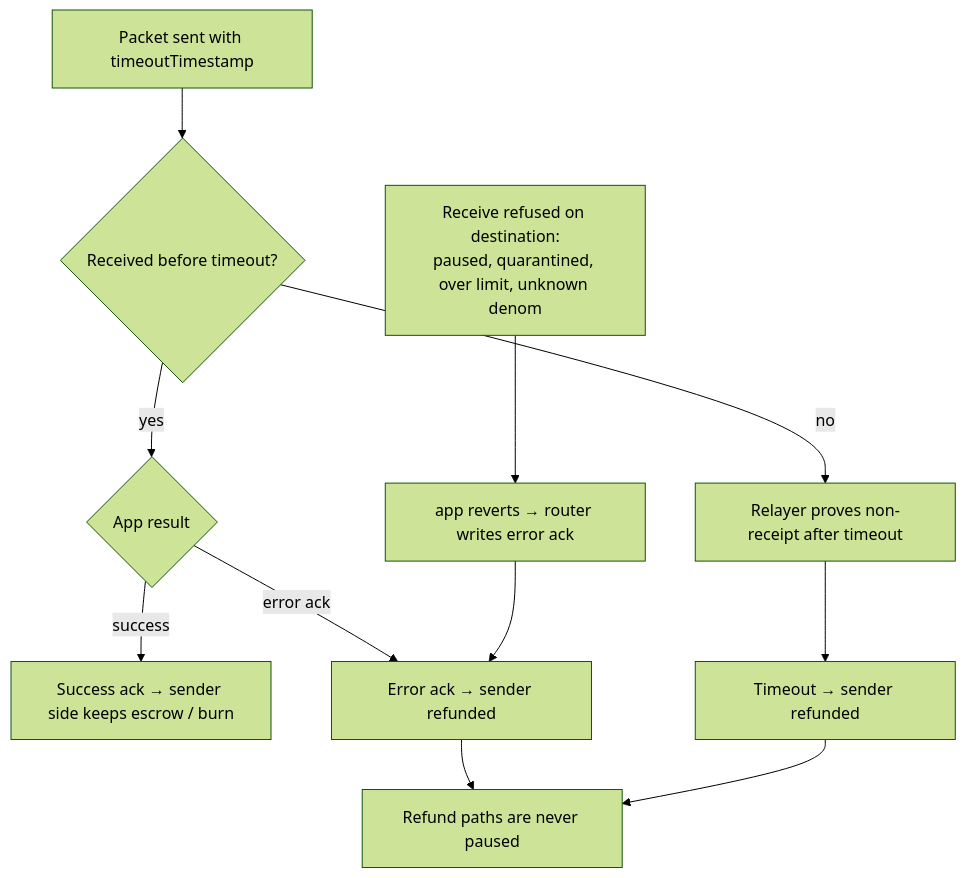
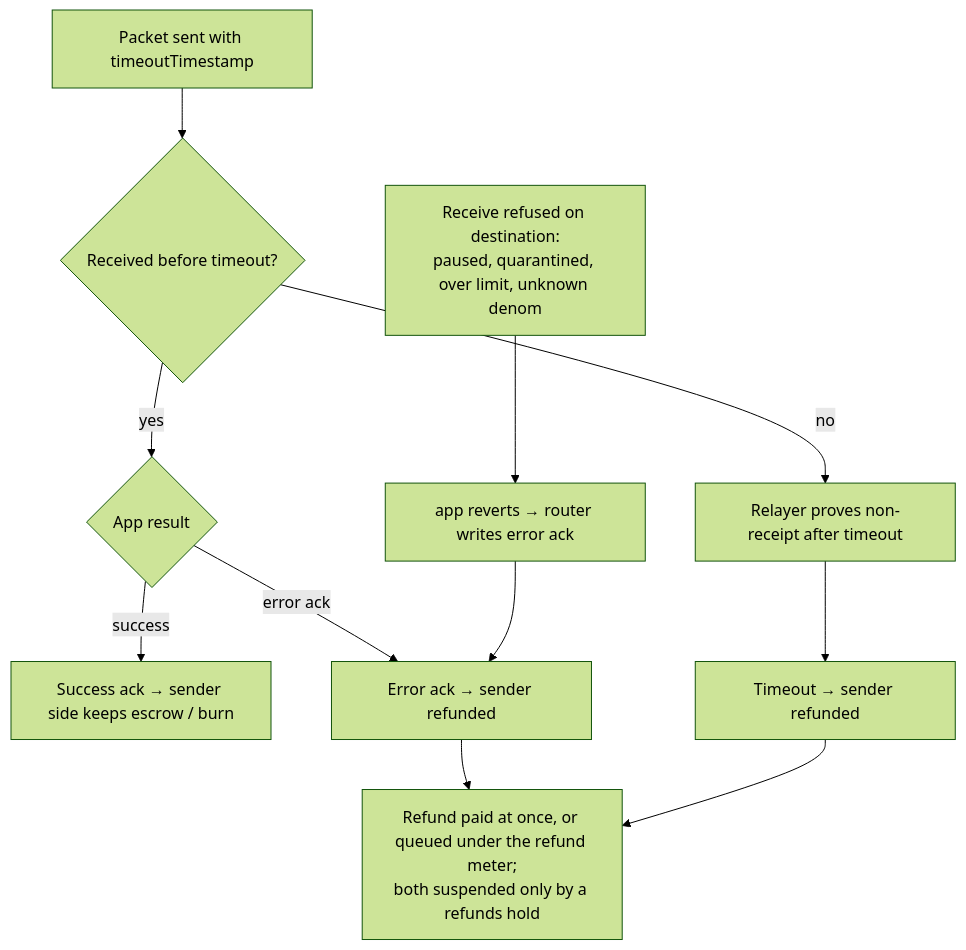
Before and after one commit to gnolang/gno: the fourth of 13 diagrams in gno.land/adr/pr6375_ibc_ethereum.md, drawn with Mermaid (forest theme). The commit also changed other lines of this file, not shown here.

````diff
--- a/gno.land/adr/pr6375_ibc_ethereum.md
+++ b/gno.land/adr/pr6375_ibc_ethereum.md
@@ -431,11 +431,11 @@
 ```mermaid
 flowchart TD
   S[Packet sent with timeoutTimestamp] --> Q{Received before timeout?}
   Q -- yes --> A{App result}
   A -- success --> OK[Success ack → sender side keeps escrow / burn]
   A -- error ack --> RF1[Error ack → sender refunded]
   Q -- no --> TO[Relayer proves non-receipt after timeout]
   TO --> RF2[Timeout → sender refunded]
   P[Receive refused on destination:<br/>paused, quarantined, over limit, unknown denom] --> A2[app reverts → router writes error ack] --> RF1
-  RF1 & RF2 --> N[Refund paths are never paused]
+  RF1 & RF2 --> N["Refund paid at once, or queued under the refund meter;<br/>both suspended only by a refunds hold"]
 ```
````
